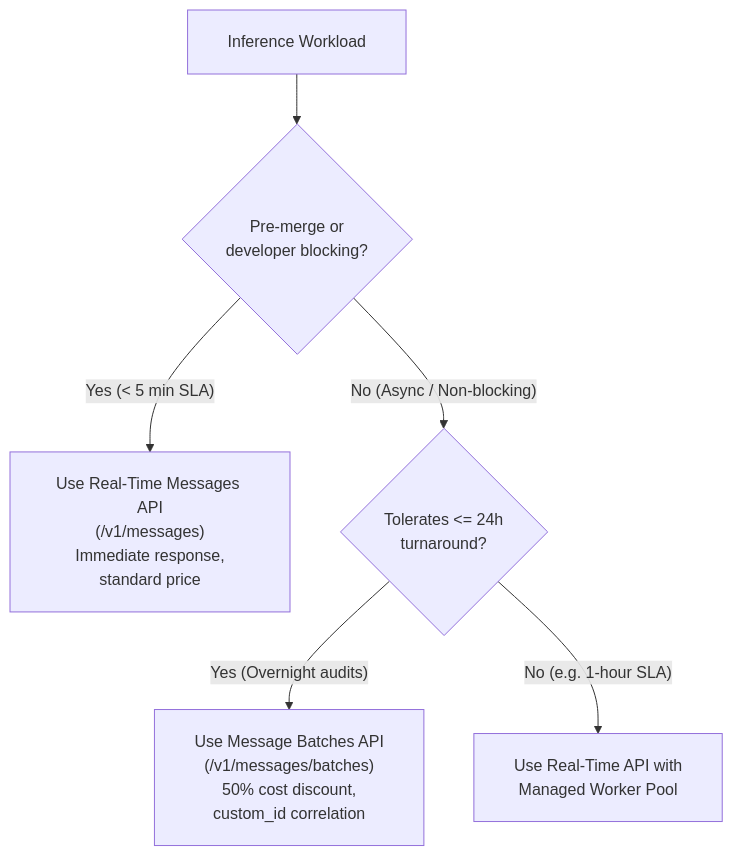
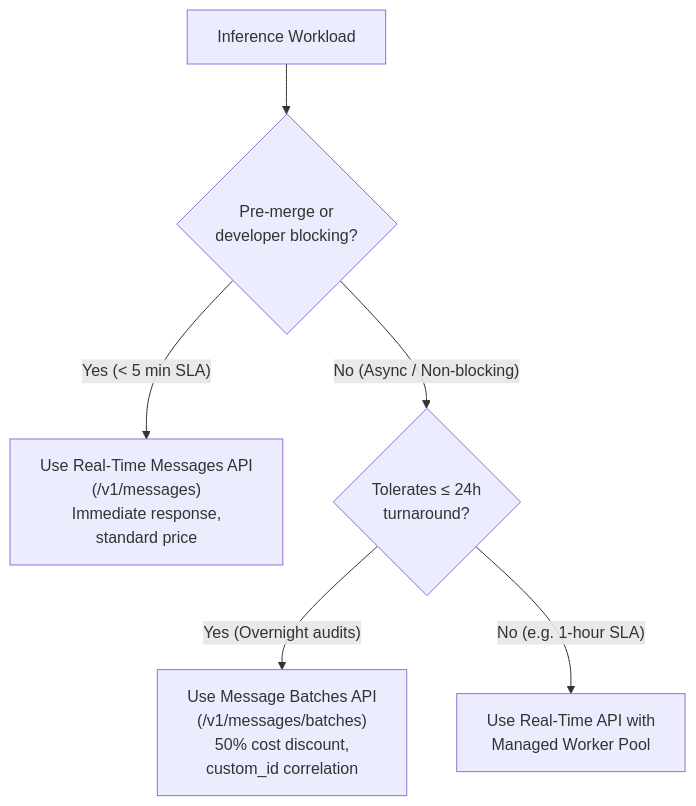
Before and after one commit to dip4k/claude_cert_architect_foundation_prep: the second of 6 diagrams in scenarios/MASTER_SCENARIO_PRACTICE.md, drawn with Mermaid. The commit also changed other lines of this file and 31 other files, not shown here.

First line of the commit message:
docs(diagrams): fix GitHub Mermaid rendering cut-off, wrappingWidth, and entity escapes across all 32 docs

````diff
--- a/scenarios/MASTER_SCENARIO_PRACTICE.md
+++ b/scenarios/MASTER_SCENARIO_PRACTICE.md
@@ -59,13 +59,13 @@
 ```mermaid
-%%{init: {"flowchart": {"htmlLabels": true, "padding": 20}}}%%
+%%{init: {"flowchart": {"htmlLabels": true, "wrappingWidth": 250}}}%%
 flowchart TD
     Workload["Inference Workload"] --> LatencyCheck{"Pre-merge or<br/>developer blocking?"}
     
-    LatencyCheck -- "Yes (< 5 min SLA)" --> RealTimeAPI["Use Real-Time Messages API<br/>(/v1/messages)<br/>Immediate response,<br/>standard price"]
+    LatencyCheck -- "Yes (&lt; 5 min SLA)" --> RealTimeAPI["Use Real-Time Messages API<br/>(/v1/messages)<br/>Immediate response,<br/>standard price"]
     
-    LatencyCheck -- "No (Async / Non-blocking)" --> SLA24Check{"Tolerates <= 24h<br/>turnaround?"}
+    LatencyCheck -- "No (Async / Non-blocking)" --> SLA24Check{"Tolerates &le; 24h<br/>turnaround?"}
     
     SLA24Check -- "Yes (Overnight audits)" --> BatchesAPI["Use Message Batches API<br/>(/v1/messages/batches)<br/>50% cost discount,<br/>custom_id correlation"]
     
     SLA24Check -- "No (e.g. 1-hour SLA)" --> WorkerPool["Use Real-Time API with<br/>Managed Worker Pool"]
 ```
````
